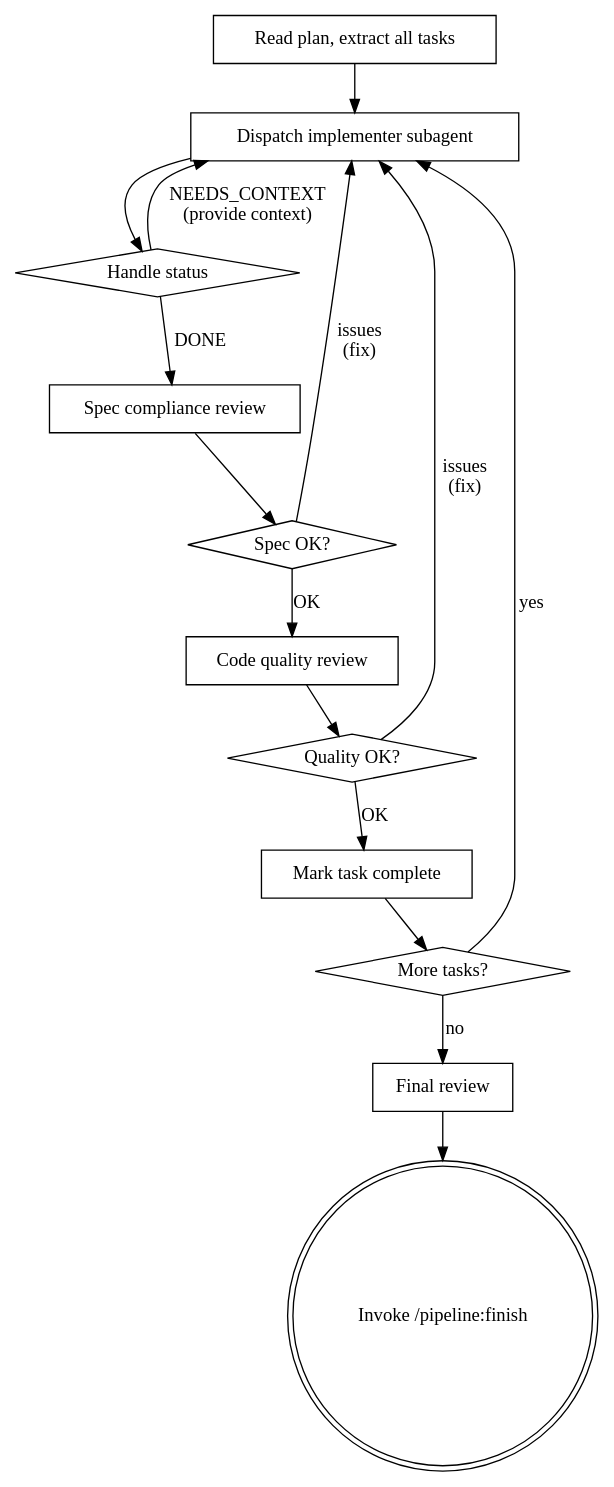
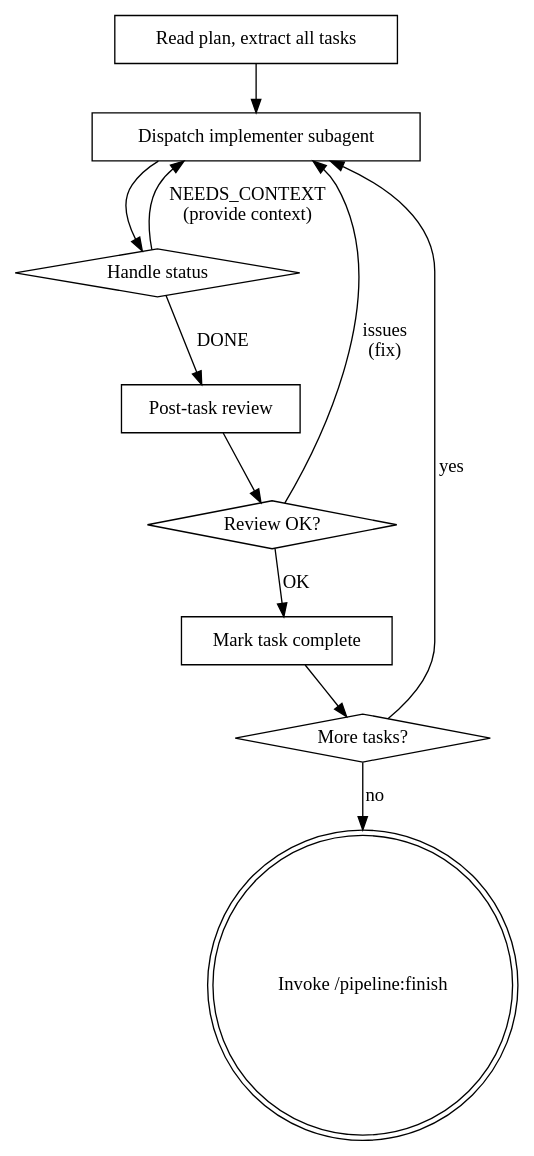
One commit to djwmobley/pipeline changed the diagram in skills/building/SKILL.md. Above: the diagram before and after it, drawn with Graphviz. The commit also changed other lines of this file and 27 other files, not shown here.

````diff
--- a/skills/building/SKILL.md
+++ b/skills/building/SKILL.md
@@ -21,31 +20,24 @@
 ```dot
 digraph process {
     rankdir=TB;
     "Read plan, extract all tasks" [shape=box];
     "Dispatch implementer subagent" [shape=box];
     "Handle status" [shape=diamond];
-    "Spec compliance review" [shape=box];
-    "Spec OK?" [shape=diamond];
-    "Code quality review" [shape=box];
-    "Quality OK?" [shape=diamond];
+    "Post-task review" [shape=box];
+    "Review OK?" [shape=diamond];
     "Mark task complete" [shape=box];
     "More tasks?" [shape=diamond];
-    "Final review" [shape=box];
     "Invoke /pipeline:finish" [shape=doublecircle];
 
     "Read plan, extract all tasks" -> "Dispatch implementer subagent";
     "Dispatch implementer subagent" -> "Handle status";
-    "Handle status" -> "Spec compliance review" [label="DONE"];
+    "Handle status" -> "Post-task review" [label="DONE"];
     "Handle status" -> "Dispatch implementer subagent" [label="NEEDS_CONTEXT\n(provide context)"];
-    "Spec compliance review" -> "Spec OK?";
-    "Spec OK?" -> "Dispatch implementer subagent" [label="issues\n(fix)"];
-    "Spec OK?" -> "Code quality review" [label="OK"];
-    "Code quality review" -> "Quality OK?";
-    "Quality OK?" -> "Dispatch implementer subagent" [label="issues\n(fix)"];
-    "Quality OK?" -> "Mark task complete" [label="OK"];
+    "Post-task review" -> "Review OK?";
+    "Review OK?" -> "Dispatch implementer subagent" [label="issues\n(fix)"];
+    "Review OK?" -> "Mark task complete" [label="OK"];
     "Mark task complete" -> "More tasks?";
     "More tasks?" -> "Dispatch implementer subagent" [label="yes"];
-    "More tasks?" -> "Final review" [label="no"];
-    "Final review" -> "Invoke /pipeline:finish";
+    "More tasks?" -> "Invoke /pipeline:finish" [label="no"];
 }
 ```
````
